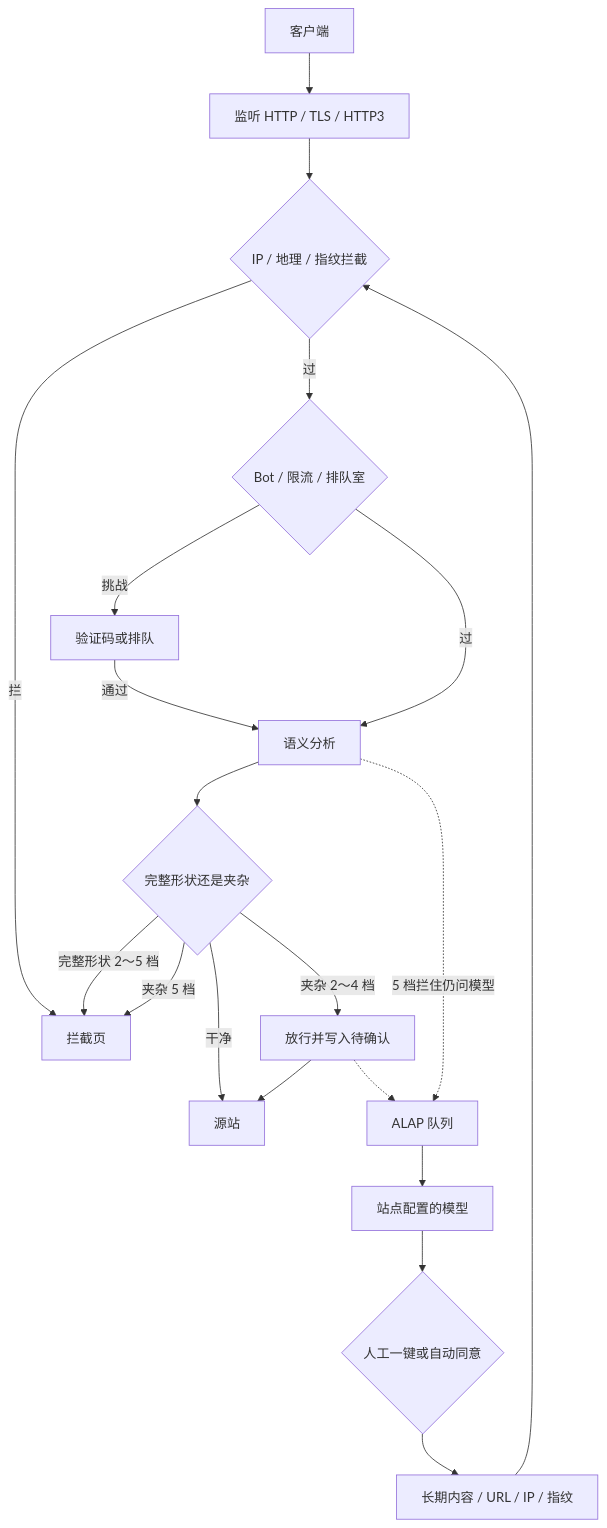
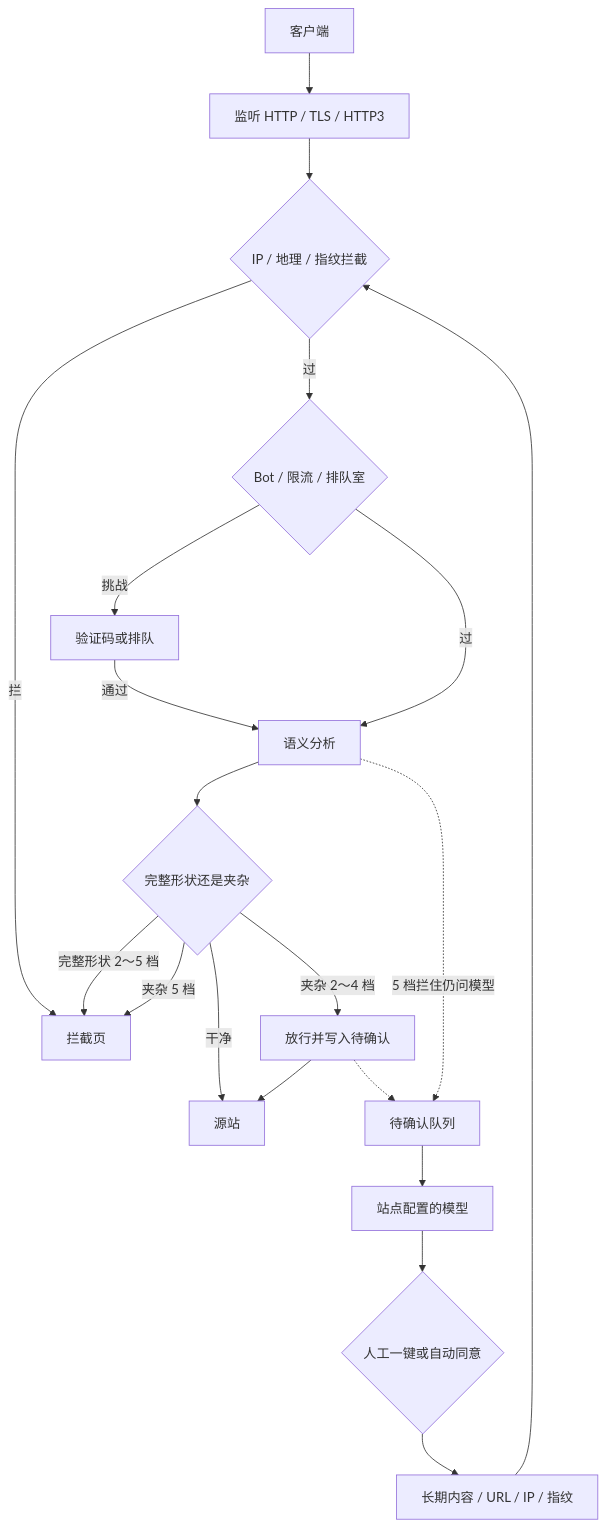
One commit to LaokeQwQ/CheeseWAF changed the diagram in README_CN.md. Above: the diagram before and after it, drawn with Mermaid. The commit also changed other lines of this file, not shown here.

````diff
--- a/README_CN.md
+++ b/README_CN.md
@@ -95,22 +93,22 @@
 ```mermaid
 flowchart TB
   C[客户端] --> L[监听 HTTP / TLS / HTTP3]
   L --> IP{IP / 地理 / 指纹拦截}
   IP -->|拦| BP[拦截页]
   IP -->|过| BOT{Bot / 限流 / 排队室}
   BOT -->|挑战| CH[验证码或排队]
   CH -->|通过| SEM
   BOT -->|过| SEM[语义分析]
   SEM --> SHAPE{完整形状还是夹杂}
   SHAPE -->|完整形状 2～5 档| BP
   SHAPE -->|夹杂 5 档| BP
   SHAPE -->|夹杂 2～4 档| PASS[放行并写入待确认]
   SHAPE -->|干净| ORIGIN[源站]
   PASS --> ORIGIN
-  PASS -.-> ALAP[ALAP 队列]
-  SEM -.->|5 档拦住仍问模型| ALAP
-  ALAP --> LLM[站点配置的模型]
+  PASS -.-> Q[待确认队列]
+  SEM -.->|5 档拦住仍问模型| Q
+  Q --> LLM[站点配置的模型]
   LLM --> DEC{人工一键或自动同意}
   DEC --> RULE[长期内容 / URL / IP / 指纹]
   RULE --> IP
 ```
````
